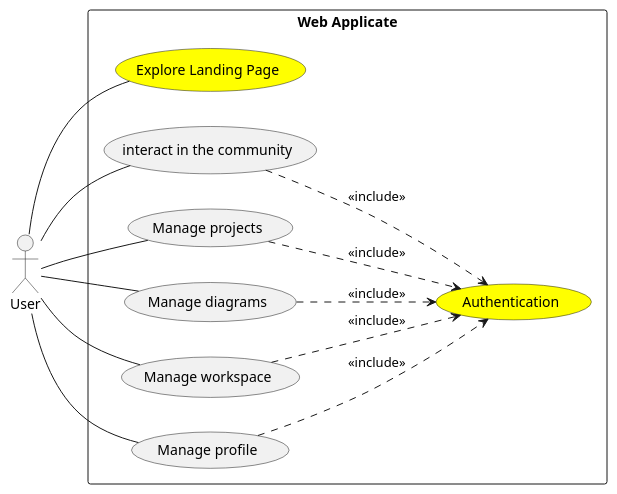
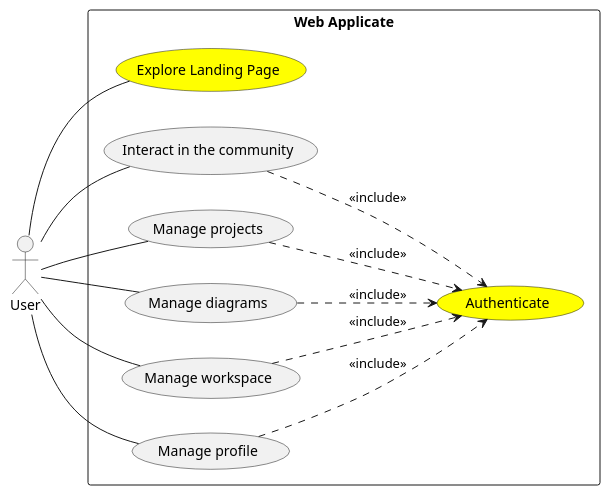
One commit to souhaib-askri/report_pfe changed the diagram in conception/SprintII/use_case_diagrams/use_case_diagram_of_SprintII.puml. Above: the diagram before and after it, drawn with PlantUML. The commit also changed 1100 other files, not shown here.

Commit message:
report: fix some diagrams

```diff
--- a/conception/SprintII/use_case_diagrams/use_case_diagram_of_SprintII.puml
+++ b/conception/SprintII/use_case_diagrams/use_case_diagram_of_SprintII.puml
@@ -1,43 +1,43 @@
 @startuml
 
 left to right direction
 
 actor "User" as User
 
 
 rectangle "Web Applicate" {
     usecase "Explore Landing Page" as ExploreLandingPage #Yellow
-    usecase "Authentication" as user_auth #Yellow
+    usecase "Authenticate" as user_auth #Yellow
 
-    usecase "interact in the community" as InteractWithCommunity
+    usecase "Interact in the community" as InteractWithCommunity
     usecase "Manage projects" as ManageProjects
     usecase "Manage diagrams" as ManageDiagrams
     usecase "Manage workspace" as ManageWorkspace
     usecase "Manage profile" as EditProfile
 
     
 
 }
 
 
 User -- ExploreLandingPage
 User -- InteractWithCommunity
 User -- ManageProjects
 User -- ManageDiagrams
 User -- EditProfile
 User -- ManageWorkspace
 
 
 
 InteractWithCommunity ..> user_auth : <<include>>
 ManageProjects ..> user_auth : <<include>>
 ManageDiagrams ..> user_auth : <<include>>
 ManageWorkspace ..> user_auth : <<include>>
 EditProfile ..> user_auth : <<include>>
 
 
 
 
 
 
 @enduml
```
